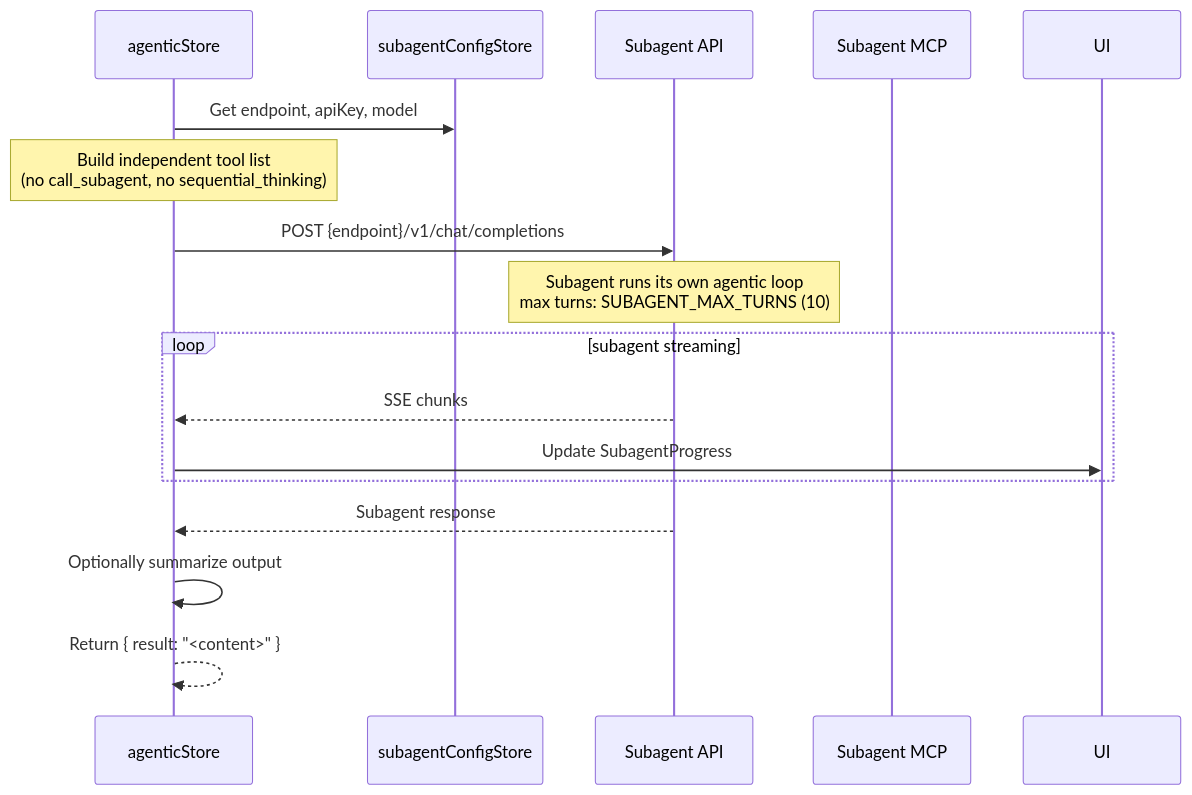
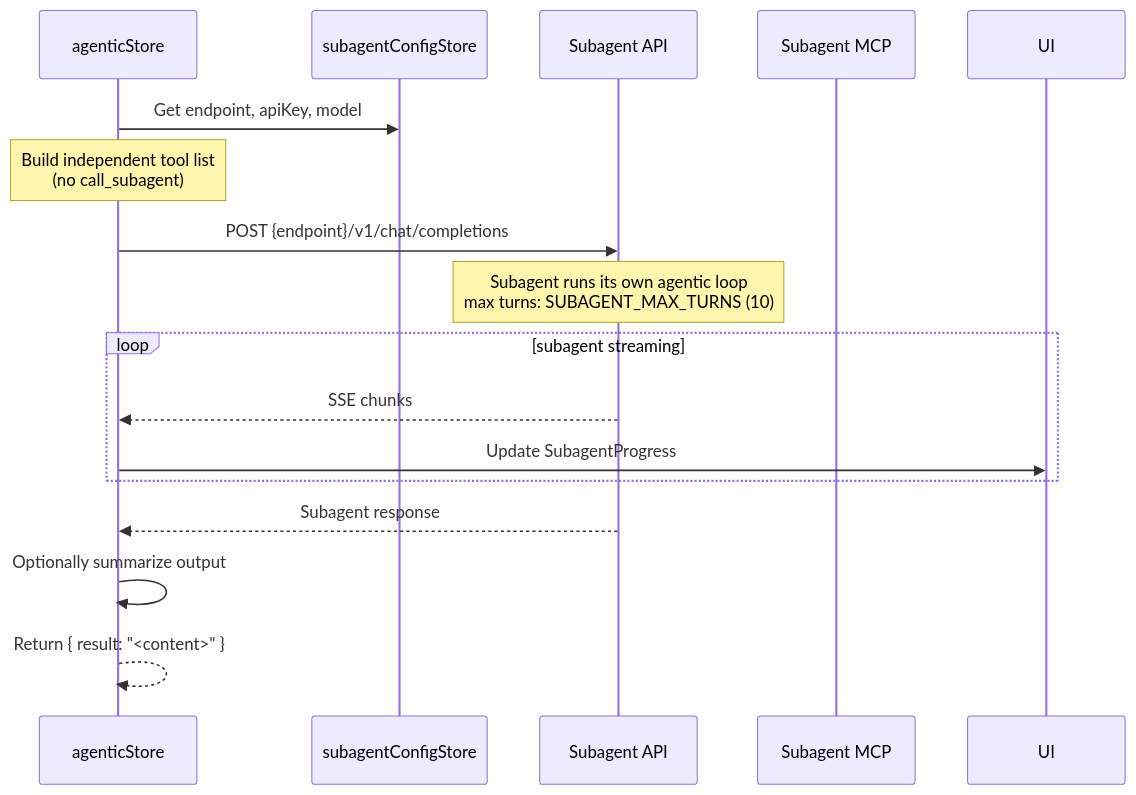
The second of 2 diagrams in packages/frontend/docs/flows/agentic-flow.md (gugugiyu/magic.cpp), drawn with Mermaid before and after one commit. The commit also changed other lines of this file and 20 other files, not shown here.

Commit message:
refactor: removed sequential_thinking tool

````diff
--- a/packages/frontend/docs/flows/agentic-flow.md
+++ b/packages/frontend/docs/flows/agentic-flow.md
@@ -254,22 +237,22 @@
 ```mermaid
 sequenceDiagram
     participant Agentic as agenticStore
     participant SubConfig as subagentConfigStore
     participant SubAPI as Subagent API
     participant SubMCP as Subagent MCP
 
     Agentic->>SubConfig: Get endpoint, apiKey, model
-    Note over Agentic: Build independent tool list<br/>(no call_subagent, no sequential_thinking)
+    Note over Agentic: Build independent tool list<br/>(no call_subagent)
 
     Agentic->>SubAPI: POST {endpoint}/v1/chat/completions
     Note over SubAPI: Subagent runs its own agentic loop<br/>max turns: SUBAGENT_MAX_TURNS (10)
 
     loop subagent streaming
         SubAPI-->>Agentic: SSE chunks
         Agentic->>UI: Update SubagentProgress
     end
 
     SubAPI-->>Agentic: Subagent response
     Agentic->>Agentic: Optionally summarize output
     Agentic-->>Agentic: Return { result: "<content>" }
 ```
````
